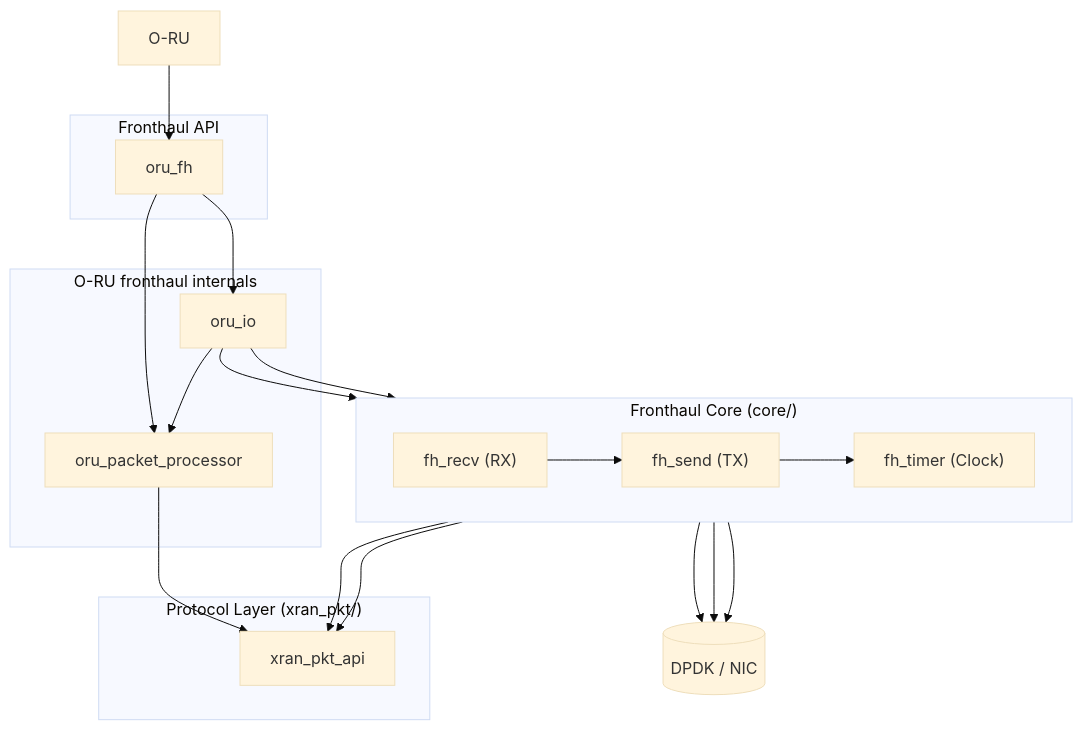
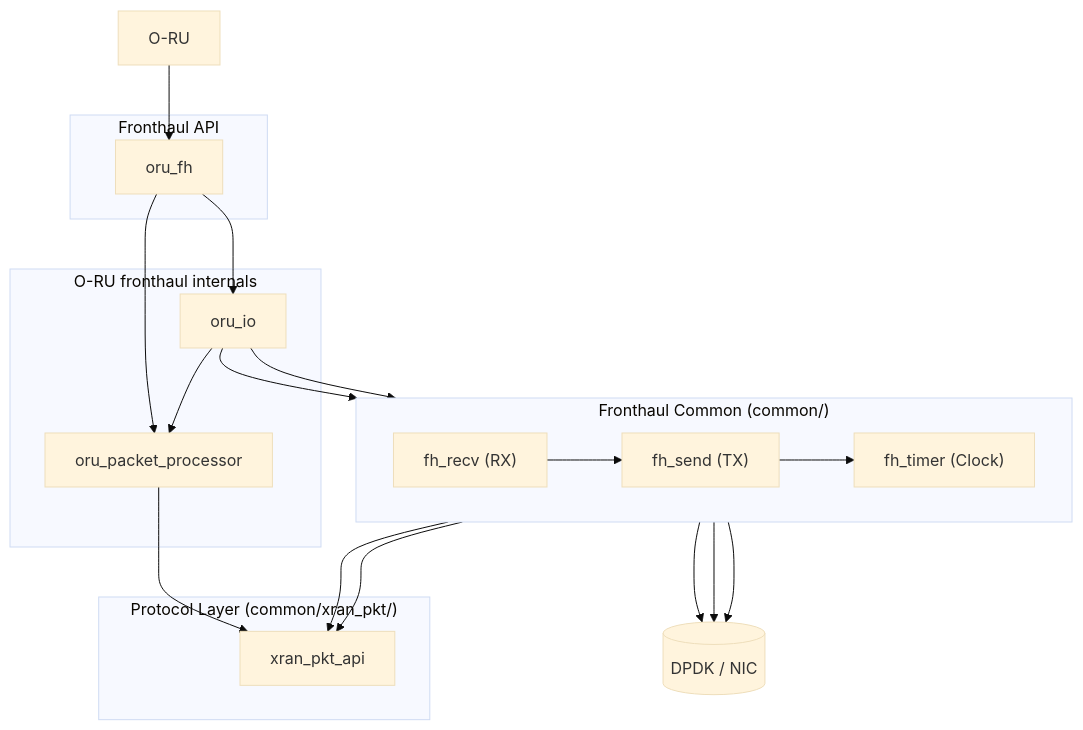
The first of 2 diagrams in fronthaul/README.md (bpodrygajlo/openairinterface5g), drawn with Mermaid (base theme) before and after one commit. The commit also changed 33 other files, not shown here.

First line of the commit message:
refactor(fronthaul): move core, xran_pkt and fh_compression under common/

````diff
--- a/fronthaul/README.md
+++ b/fronthaul/README.md
@@ -9,37 +9,37 @@
 ```mermaid
 graph TD
     O-RU
     subgraph integration ["Fronthaul API"]
         oru_fh["oru_fh"]
     end
     subgraph internals ["O-RU fronthaul internals"]
         oru_io["oru_io"]
         oru_pkt["oru_packet_processor"]
     end
-    subgraph fronthaul_core ["Fronthaul Core (core/)"]
+    subgraph fronthaul_common ["Fronthaul Common (common/)"]
         direction LR
         fh_rx["fh_recv (RX)"]
         fh_tx["fh_send (TX)"]
         fh_timer["fh_timer (Clock)"]
 
         fh_rx --> fh_tx
         fh_tx --> fh_timer
     end
-    subgraph protocol ["Protocol Layer (xran_pkt/)"]
+    subgraph protocol ["Protocol Layer (common/xran_pkt/)"]
         xran_api["xran_pkt_api"]
     end
     dpdk[("DPDK / NIC")]
     O-RU --> oru_fh
     oru_fh --> oru_pkt
     oru_fh --> oru_io
 
     oru_io --> oru_pkt
     oru_io --> fh_rx
     oru_io --> fh_tx
     oru_pkt --> xran_api
     fh_rx --> xran_api
     fh_tx --> xran_api
     fh_rx --> dpdk
     fh_tx --> dpdk
     fh_timer --> dpdk
 ```
````
